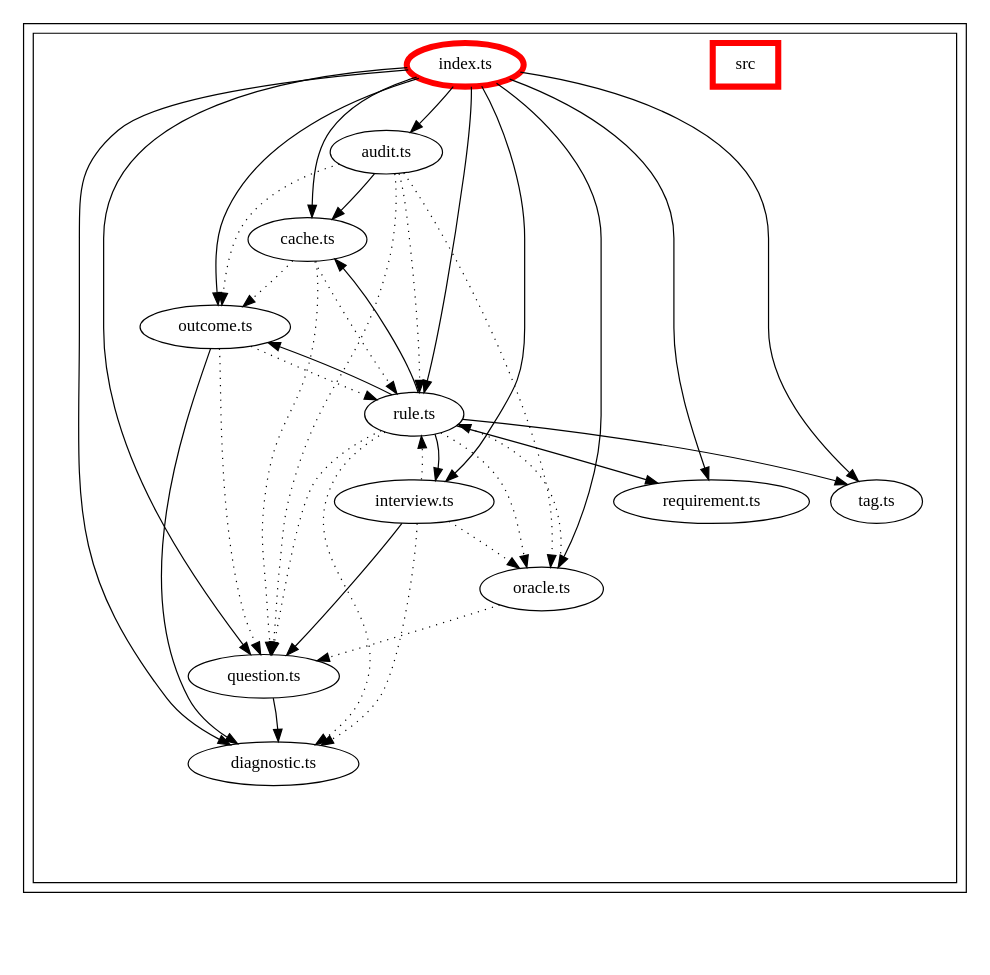
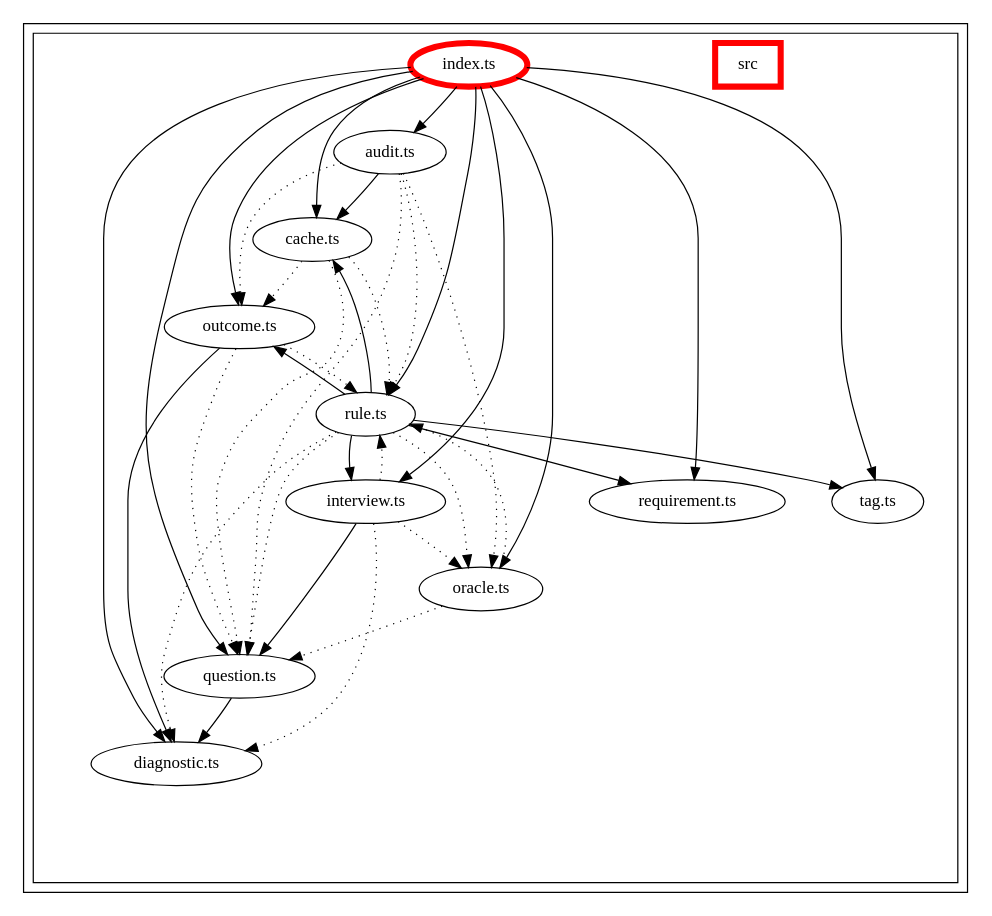
One commit to Siteimprove/alfa changed the diagram in packages/alfa-act/docs/dependency-graph.dot. Above: the diagram before and after it, drawn with Graphviz. The commit also changed 161 other files, not shown here.

First line of the commit message:
Update packages dependency graphs (#1900)

```diff
--- a/packages/alfa-act/docs/dependency-graph.dot
+++ b/packages/alfa-act/docs/dependency-graph.dot
@@ -1,27 +1,18 @@
-digraph "dependency-graph-[object Object]" {
+digraph "dependency-graph-@siteimprove/alfa-act" {
   compound = true;
-  "dependency-graph-[object Object]" [
-    style = "invis";
-  ];
+  "src/diagnostic.ts";
   "src/cache.ts";
+  "src/interview.ts";
   "src/oracle.ts";
   "src/outcome.ts";
   "src/question.ts";
+  "src/requirement.ts";
+  "src/tag.ts";
   "src/rule.ts";
   "src/audit.ts";
-  "src/diagnostic.ts";
-  "src/interview.ts";
-  "src/requirement.ts";
-  "src/tag.ts";
   subgraph "cluster_src" {
     color = "#000000";
     label = "";
-    "name_src" [
-      penwidth = 5;
-      shape = "rectangle";
-      color = "#ff0000";
-      label = "src";
-    ];
     "exit_src" [
       style = "invis";
     ];
@@ -37,72 +28,72 @@
       "exit_src" [
         style = "invis";
       ];
-      "src/audit.ts" [
-        label = "audit.ts";
+      "src/question.ts" [
+        label = "question.ts";
       ];
-      "src/cache.ts" [
-        label = "cache.ts";
+      "src/tag.ts" [
+        label = "tag.ts";
+      ];
+      "src/rule.ts" [
+        label = "rule.ts";
+      ];
+      "src/oracle.ts" [
+        label = "oracle.ts";
       ];
       "src/diagnostic.ts" [
         label = "diagnostic.ts";
+      ];
+      "src/interview.ts" [
+        label = "interview.ts";
+      ];
+      "src/requirement.ts" [
+        label = "requirement.ts";
       ];
       "src/index.ts" [
         label = "index.ts";
         color = "#ff0000";
         penwidth = 5;
       ];
-      "src/interview.ts" [
-        label = "interview.ts";
-      ];
-      "src/oracle.ts" [
-        label = "oracle.ts";
-      ];
       "src/outcome.ts" [
         label = "outcome.ts";
       ];
-      "src/question.ts" [
-        label = "question.ts";
+      "src/cache.ts" [
+        label = "cache.ts";
       ];
-      "src/requirement.ts" [
-        label = "requirement.ts";
+      "src/audit.ts" [
+        label = "audit.ts";
       ];
-      "src/rule.ts" [
-        label = "rule.ts";
+      "src/question.ts" -> "exit_src" [
+        style = "invis";
       ];
-      "src/tag.ts" [
-        label = "tag.ts";
+      "src/tag.ts" -> "exit_src" [
+        style = "invis";
       ];
-      "src/audit.ts" -> "exit_src" [
+      "src/rule.ts" -> "exit_src" [
+        style = "invis";
+      ];
+      "src/oracle.ts" -> "exit_src" [
+        style = "invis";
+      ];
+      "src/diagnostic.ts" -> "exit_src" [
+        style = "invis";
+      ];
+      "src/interview.ts" -> "exit_src" [
+        style = "invis";
+      ];
+      "src/requirement.ts" -> "exit_src" [
+        style = "invis";
+      ];
+      "src/index.ts" -> "exit_src" [
+        style = "invis";
+      ];
+      "src/outcome.ts" -> "exit_src" [
         style = "invis";
       ];
       "src/cache.ts" -> "exit_src" [
         style = "invis";
       ];
-      "src/diagnostic.ts" -> "exit_src" [
-        style = "invis";
-      ];
-      "src/index.ts" -> "exit_src" [
-        style = "invis";
-      ];
-      "src/interview.ts" -> "exit_src" [
-        style = "invis";
-      ];
-      "src/oracle.ts" -> "exit_src" [
-        style = "invis";
-      ];
-      "src/outcome.ts" -> "exit_src" [
-        style = "invis";
-      ];
-      "src/question.ts" -> "exit_src" [
-        style = "invis";
-      ];
-      "src/requirement.ts" -> "exit_src" [
-        style = "invis";
-      ];
-      "src/rule.ts" -> "exit_src" [
-        style = "invis";
-      ];
-      "src/tag.ts" -> "exit_src" [
+      "src/audit.ts" -> "exit_src" [
         style = "invis";
       ];
     }
@@ -140,16 +131,228 @@
       style = "invis";
     ];
   }
-  "exit_src" -> "dependency-graph-[object Object]" [
+  "src/question.ts" -> "src/diagnostic.ts" [
     style = "invis";
+  ];
+  "src/question.ts" -> "src/diagnostic.ts" [
+    style = "solid";
+    color = "black";
+  ];
+  "src/rule.ts" -> "src/cache.ts" [
+    style = "invis";
+  ];
+  "src/rule.ts" -> "src/cache.ts" [
+    style = "solid";
+    color = "black";
+  ];
+  "src/rule.ts" -> "src/diagnostic.ts" [
+    style = "invis";
+  ];
+  "src/rule.ts" -> "src/diagnostic.ts" [
+    style = "dotted";
+    color = "black";
+  ];
+  "src/rule.ts" -> "src/interview.ts" [
+    style = "invis";
+  ];
+  "src/rule.ts" -> "src/interview.ts" [
+    style = "solid";
+    color = "black";
+  ];
+  "src/rule.ts" -> "src/oracle.ts" [
+    style = "invis";
+  ];
+  "src/rule.ts" -> "src/oracle.ts" [
+    style = "dotted";
+    color = "black";
+  ];
+  "src/rule.ts" -> "src/outcome.ts" [
+    style = "invis";
+  ];
+  "src/rule.ts" -> "src/outcome.ts" [
+    style = "solid";
+    color = "black";
+  ];
+  "src/rule.ts" -> "src/question.ts" [
+    style = "invis";
+  ];
+  "src/rule.ts" -> "src/question.ts" [
+    style = "dotted";
+    color = "black";
+  ];
+  "src/rule.ts" -> "src/requirement.ts" [
+    style = "invis";
+  ];
+  "src/rule.ts" -> "src/requirement.ts" [
+    style = "solid";
+    color = "black";
+  ];
+  "src/rule.ts" -> "src/tag.ts" [
+    style = "invis";
+  ];
+  "src/rule.ts" -> "src/tag.ts" [
+    style = "solid";
+    color = "black";
+  ];
+  "src/oracle.ts" -> "src/question.ts" [
+    style = "invis";
+  ];
+  "src/oracle.ts" -> "src/question.ts" [
+    style = "dotted";
+    color = "black";
+  ];
+  "src/oracle.ts" -> "src/rule.ts" [
+    style = "invis";
+  ];
+  "src/oracle.ts" -> "src/rule.ts" [
+    style = "dotted";
+    color = "black";
+  ];
+  "src/interview.ts" -> "src/diagnostic.ts" [
+    style = "invis";
+  ];
+  "src/interview.ts" -> "src/diagnostic.ts" [
+    style = "dotted";
+    color = "black";
+  ];
+  "src/interview.ts" -> "src/oracle.ts" [
+    style = "invis";
+  ];
+  "src/interview.ts" -> "src/oracle.ts" [
+    style = "dotted";
+    color = "black";
+  ];
+  "src/interview.ts" -> "src/question.ts" [
+    style = "invis";
+  ];
+  "src/interview.ts" -> "src/question.ts" [
+    style = "solid";
+    color = "black";
+  ];
+  "src/interview.ts" -> "src/rule.ts" [
+    style = "invis";
+  ];
+  "src/interview.ts" -> "src/rule.ts" [
+    style = "dotted";
+    color = "black";
+  ];
+  "src/index.ts" -> "src/audit.ts" [
+    style = "invis";
+  ];
+  "src/index.ts" -> "src/audit.ts" [
+    style = "solid";
+    color = "black";
+  ];
+  "src/index.ts" -> "src/cache.ts" [
+    style = "invis";
+  ];
+  "src/index.ts" -> "src/cache.ts" [
+    style = "solid";
+    color = "black";
+  ];
+  "src/index.ts" -> "src/diagnostic.ts" [
+    style = "invis";
+  ];
+  "src/index.ts" -> "src/diagnostic.ts" [
+    style = "solid";
+    color = "black";
+  ];
+  "src/index.ts" -> "src/interview.ts" [
+    style = "invis";
+  ];
+  "src/index.ts" -> "src/interview.ts" [
+    style = "solid";
+    color = "black";
+  ];
+  "src/index.ts" -> "src/oracle.ts" [
+    style = "invis";
+  ];
+  "src/index.ts" -> "src/oracle.ts" [
+    style = "solid";
+    color = "black";
+  ];
+  "src/index.ts" -> "src/outcome.ts" [
+    style = "invis";
+  ];
+  "src/index.ts" -> "src/outcome.ts" [
+    style = "solid";
+    color = "black";
+  ];
+  "src/index.ts" -> "src/question.ts" [
+    style = "invis";
+  ];
+  "src/index.ts" -> "src/question.ts" [
+    style = "solid";
+    color = "black";
+  ];
+  "src/index.ts" -> "src/requirement.ts" [
+    style = "invis";
+  ];
+  "src/index.ts" -> "src/requirement.ts" [
+    style = "solid";
+    color = "black";
+  ];
+  "src/index.ts" -> "src/rule.ts" [
+    style = "invis";
+  ];
+  "src/index.ts" -> "src/rule.ts" [
+    style = "solid";
+    color = "black";
+  ];
+  "src/index.ts" -> "src/tag.ts" [
+    style = "invis";
+  ];
+  "src/index.ts" -> "src/tag.ts" [
+    style = "solid";
+    color = "black";
+  ];
+  "src/outcome.ts" -> "src/diagnostic.ts" [
+    style = "invis";
+  ];
+  "src/outcome.ts" -> "src/diagnostic.ts" [
+    style = "solid";
+    color = "black";
+  ];
+  "src/outcome.ts" -> "src/question.ts" [
+    style = "invis";
+  ];
+  "src/outcome.ts" -> "src/question.ts" [
+    style = "dotted";
+    color = "black";
+  ];
+  "src/outcome.ts" -> "src/rule.ts" [
+    style = "invis";
+  ];
+  "src/outcome.ts" -> "src/rule.ts" [
+    style = "dotted";
+    color = "black";
+  ];
+  "src/cache.ts" -> "src/outcome.ts" [
+    style = "invis";
+  ];
+  "src/cache.ts" -> "src/outcome.ts" [
+    style = "dotted";
+    color = "black";
+  ];
+  "src/cache.ts" -> "src/question.ts" [
+    style = "invis";
+  ];
+  "src/cache.ts" -> "src/question.ts" [
+    style = "dotted";
+    color = "black";
+  ];
+  "src/cache.ts" -> "src/rule.ts" [
+    style = "invis";
+  ];
+  "src/cache.ts" -> "src/rule.ts" [
+    style = "dotted";
+    color = "black";
   ];
   "src/audit.ts" -> "src/cache.ts" [
     style = "invis";
   ];
   "src/audit.ts" -> "src/cache.ts" [
     style = "solid";
-    ltail = "cluster_src/audit.ts";
-    lhead = "cluster_src/cache.ts";
     color = "black";
   ];
   "src/audit.ts" -> "src/oracle.ts" [
@@ -157,8 +360,6 @@
   ];
   "src/audit.ts" -> "src/oracle.ts" [
     style = "dotted";
-    ltail = "cluster_src/audit.ts";
-    lhead = "cluster_src/oracle.ts";
     color = "black";
   ];
   "src/audit.ts" -> "src/outcome.ts" [
@@ -166,8 +367,6 @@
   ];
   "src/audit.ts" -> "src/outcome.ts" [
     style = "dotted";
-    ltail = "cluster_src/audit.ts";
-    lhead = "cluster_src/outcome.ts";
     color = "black";
   ];
   "src/audit.ts" -> "src/question.ts" [
@@ -175,8 +374,6 @@
   ];
   "src/audit.ts" -> "src/question.ts" [
     style = "dotted";
-    ltail = "cluster_src/audit.ts";
-    lhead = "cluster_src/question.ts";
     color = "black";
   ];
   "src/audit.ts" -> "src/rule.ts" [
@@ -184,287 +381,6 @@
   ];
   "src/audit.ts" -> "src/rule.ts" [
     style = "dotted";
-    ltail = "cluster_src/audit.ts";
-    lhead = "cluster_src/rule.ts";
-    color = "black";
-  ];
-  "src/cache.ts" -> "src/outcome.ts" [
-    style = "invis";
-  ];
-  "src/cache.ts" -> "src/outcome.ts" [
-    style = "dotted";
-    ltail = "cluster_src/cache.ts";
-    lhead = "cluster_src/outcome.ts";
-    color = "black";
-  ];
-  "src/cache.ts" -> "src/question.ts" [
-    style = "invis";
-  ];
-  "src/cache.ts" -> "src/question.ts" [
-    style = "dotted";
-    ltail = "cluster_src/cache.ts";
-    lhead = "cluster_src/question.ts";
-    color = "black";
-  ];
-  "src/cache.ts" -> "src/rule.ts" [
-    style = "invis";
-  ];
-  "src/cache.ts" -> "src/rule.ts" [
-    style = "dotted";
-    ltail = "cluster_src/cache.ts";
-    lhead = "cluster_src/rule.ts";
-    color = "black";
-  ];
-  "src/index.ts" -> "src/audit.ts" [
-    style = "invis";
-  ];
-  "src/index.ts" -> "src/audit.ts" [
-    style = "solid";
-    ltail = "cluster_src/index.ts";
-    lhead = "cluster_src/audit.ts";
-    color = "black";
-  ];
-  "src/index.ts" -> "src/cache.ts" [
-    style = "invis";
-  ];
-  "src/index.ts" -> "src/cache.ts" [
-    style = "solid";
-    ltail = "cluster_src/index.ts";
-    lhead = "cluster_src/cache.ts";
-    color = "black";
-  ];
-  "src/index.ts" -> "src/diagnostic.ts" [
-    style = "invis";
-  ];
-  "src/index.ts" -> "src/diagnostic.ts" [
-    style = "solid";
-    ltail = "cluster_src/index.ts";
-    lhead = "cluster_src/diagnostic.ts";
-    color = "black";
-  ];
-  "src/index.ts" -> "src/interview.ts" [
-    style = "invis";
-  ];
-  "src/index.ts" -> "src/interview.ts" [
-    style = "solid";
-    ltail = "cluster_src/index.ts";
-    lhead = "cluster_src/interview.ts";
-    color = "black";
-  ];
-  "src/index.ts" -> "src/oracle.ts" [
-    style = "invis";
-  ];
-  "src/index.ts" -> "src/oracle.ts" [
-    style = "solid";
-    ltail = "cluster_src/index.ts";
-    lhead = "cluster_src/oracle.ts";
-    color = "black";
-  ];
-  "src/index.ts" -> "src/outcome.ts" [
-    style = "invis";
-  ];
-  "src/index.ts" -> "src/outcome.ts" [
-    style = "solid";
-    ltail = "cluster_src/index.ts";
-    lhead = "cluster_src/outcome.ts";
-    color = "black";
-  ];
-  "src/index.ts" -> "src/question.ts" [
-    style = "invis";
-  ];
-  "src/index.ts" -> "src/question.ts" [
-    style = "solid";
-    ltail = "cluster_src/index.ts";
-    lhead = "cluster_src/question.ts";
-    color = "black";
-  ];
-  "src/index.ts" -> "src/requirement.ts" [
-    style = "invis";
-  ];
-  "src/index.ts" -> "src/requirement.ts" [
-    style = "solid";
-    ltail = "cluster_src/index.ts";
-    lhead = "cluster_src/requirement.ts";
-    color = "black";
-  ];
-  "src/index.ts" -> "src/rule.ts" [
-    style = "invis";
-  ];
-  "src/index.ts" -> "src/rule.ts" [
-    style = "solid";
-    ltail = "cluster_src/index.ts";
-    lhead = "cluster_src/rule.ts";
-    color = "black";
-  ];
-  "src/index.ts" -> "src/tag.ts" [
-    style = "invis";
-  ];
-  "src/index.ts" -> "src/tag.ts" [
-    style = "solid";
-    ltail = "cluster_src/index.ts";
-    lhead = "cluster_src/tag.ts";
-    color = "black";
-  ];
-  "src/interview.ts" -> "src/diagnostic.ts" [
-    style = "invis";
-  ];
-  "src/interview.ts" -> "src/diagnostic.ts" [
-    style = "dotted";
-    ltail = "cluster_src/interview.ts";
-    lhead = "cluster_src/diagnostic.ts";
-    color = "black";
-  ];
-  "src/interview.ts" -> "src/oracle.ts" [
-    style = "invis";
-  ];
-  "src/interview.ts" -> "src/oracle.ts" [
-    style = "dotted";
-    ltail = "cluster_src/interview.ts";
-    lhead = "cluster_src/oracle.ts";
-    color = "black";
-  ];
-  "src/interview.ts" -> "src/question.ts" [
-    style = "invis";
-  ];
-  "src/interview.ts" -> "src/question.ts" [
-    style = "solid";
-    ltail = "cluster_src/interview.ts";
-    lhead = "cluster_src/question.ts";
-    color = "black";
-  ];
-  "src/interview.ts" -> "src/rule.ts" [
-    style = "invis";
-  ];
-  "src/interview.ts" -> "src/rule.ts" [
-    style = "dotted";
-    ltail = "cluster_src/interview.ts";
-    lhead = "cluster_src/rule.ts";
-    color = "black";
-  ];
-  "src/oracle.ts" -> "src/question.ts" [
-    style = "invis";
-  ];
-  "src/oracle.ts" -> "src/question.ts" [
-    style = "dotted";
-    ltail = "cluster_src/oracle.ts";
-    lhead = "cluster_src/question.ts";
-    color = "black";
-  ];
-  "src/oracle.ts" -> "src/rule.ts" [
-    style = "invis";
-  ];
-  "src/oracle.ts" -> "src/rule.ts" [
-    style = "dotted";
-    ltail = "cluster_src/oracle.ts";
-    lhead = "cluster_src/rule.ts";
-    color = "black";
-  ];
-  "src/outcome.ts" -> "src/diagnostic.ts" [
-    style = "invis";
-  ];
-  "src/outcome.ts" -> "src/diagnostic.ts" [
-    style = "solid";
-    ltail = "cluster_src/outcome.ts";
-    lhead = "cluster_src/diagnostic.ts";
-    color = "black";
-  ];
-  "src/outcome.ts" -> "src/question.ts" [
-    style = "invis";
-  ];
-  "src/outcome.ts" -> "src/question.ts" [
-    style = "dotted";
-    ltail = "cluster_src/outcome.ts";
-    lhead = "cluster_src/question.ts";
-    color = "black";
-  ];
-  "src/outcome.ts" -> "src/rule.ts" [
-    style = "invis";
-  ];
-  "src/outcome.ts" -> "src/rule.ts" [
-    style = "dotted";
-    ltail = "cluster_src/outcome.ts";
-    lhead = "cluster_src/rule.ts";
-    color = "black";
-  ];
-  "src/question.ts" -> "src/diagnostic.ts" [
-    style = "invis";
-  ];
-  "src/question.ts" -> "src/diagnostic.ts" [
-    style = "solid";
-    ltail = "cluster_src/question.ts";
-    lhead = "cluster_src/diagnostic.ts";
-    color = "black";
-  ];
-  "src/rule.ts" -> "src/cache.ts" [
-    style = "invis";
-  ];
-  "src/rule.ts" -> "src/cache.ts" [
-    style = "solid";
-    ltail = "cluster_src/rule.ts";
-    lhead = "cluster_src/cache.ts";
-    color = "black";
-  ];
-  "src/rule.ts" -> "src/diagnostic.ts" [
-    style = "invis";
-  ];
-  "src/rule.ts" -> "src/diagnostic.ts" [
-    style = "dotted";
-    ltail = "cluster_src/rule.ts";
-    lhead = "cluster_src/diagnostic.ts";
-    color = "black";
-  ];
-  "src/rule.ts" -> "src/interview.ts" [
-    style = "invis";
-  ];
-  "src/rule.ts" -> "src/interview.ts" [
-    style = "solid";
-    ltail = "cluster_src/rule.ts";
-    lhead = "cluster_src/interview.ts";
-    color = "black";
-  ];
-  "src/rule.ts" -> "src/oracle.ts" [
-    style = "invis";
-  ];
-  "src/rule.ts" -> "src/oracle.ts" [
-    style = "dotted";
-    ltail = "cluster_src/rule.ts";
-    lhead = "cluster_src/oracle.ts";
-    color = "black";
-  ];
-  "src/rule.ts" -> "src/outcome.ts" [
-    style = "invis";
-  ];
-  "src/rule.ts" -> "src/outcome.ts" [
-    style = "solid";
-    ltail = "cluster_src/rule.ts";
-    lhead = "cluster_src/outcome.ts";
-    color = "black";
-  ];
-  "src/rule.ts" -> "src/question.ts" [
-    style = "invis";
-  ];
-  "src/rule.ts" -> "src/question.ts" [
-    style = "dotted";
-    ltail = "cluster_src/rule.ts";
-    lhead = "cluster_src/question.ts";
-    color = "black";
-  ];
-  "src/rule.ts" -> "src/requirement.ts" [
-    style = "invis";
-  ];
-  "src/rule.ts" -> "src/requirement.ts" [
-    style = "solid";
-    ltail = "cluster_src/rule.ts";
-    lhead = "cluster_src/requirement.ts";
-    color = "black";
-  ];
-  "src/rule.ts" -> "src/tag.ts" [
-    style = "invis";
-  ];
-  "src/rule.ts" -> "src/tag.ts" [
-    style = "solid";
-    ltail = "cluster_src/rule.ts";
-    lhead = "cluster_src/tag.ts";
     color = "black";
   ];
 }
```
